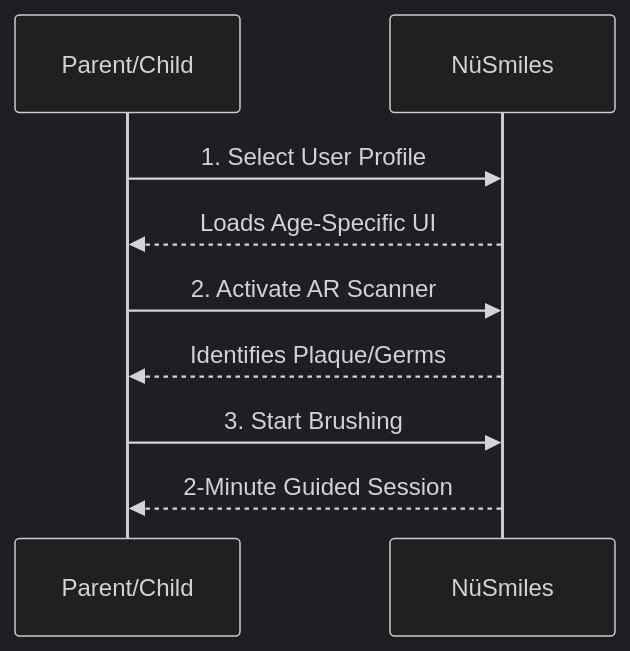
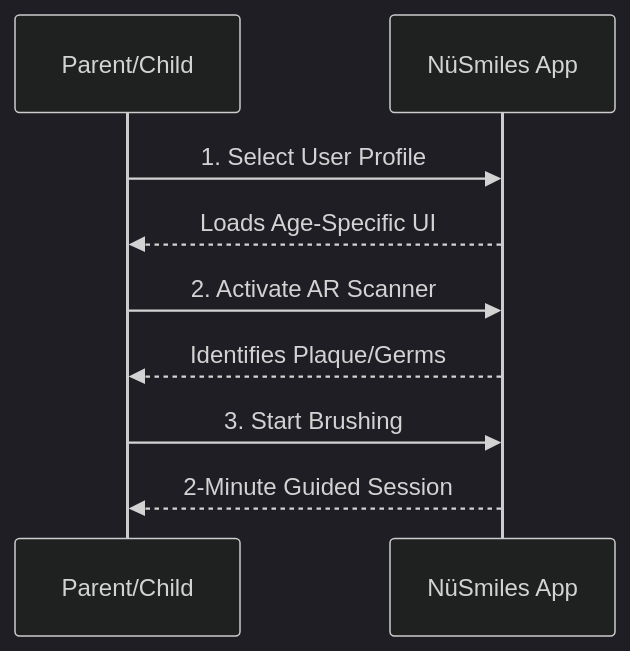
Before and after one commit to AnandBinuArjun/nnnnnnnnn: the diagram in README.md, drawn with Mermaid (dark theme). The commit also changed other lines of this file, not shown here.

Commit message:
Update README with improved formatting and content

````diff
--- a/README.md
+++ b/README.md
@@ -13,11 +13,11 @@
 ```mermaid
 sequenceDiagram
     participant P as Parent/Child
-    participant A as NüSmiles
+    participant A as NüSmiles App
     P->>A: 1. Select User Profile
     A-->>P: Loads Age-Specific UI
     P->>A: 2. Activate AR Scanner
     A-->>P: Identifies Plaque/Germs
     P->>A: 3. Start Brushing
     A-->>P: 2-Minute Guided Session
 ```
````
